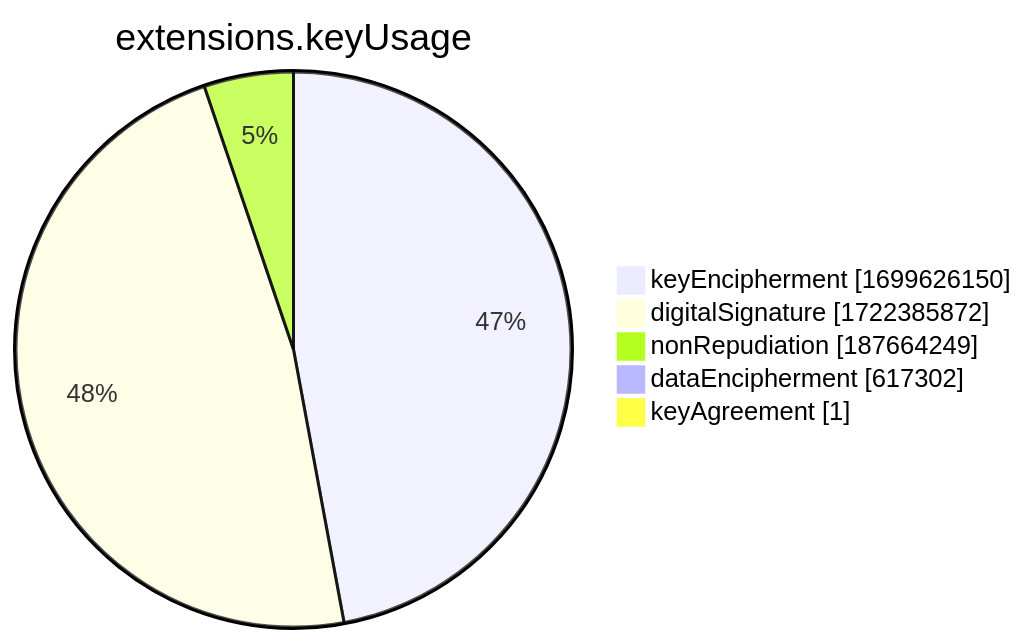
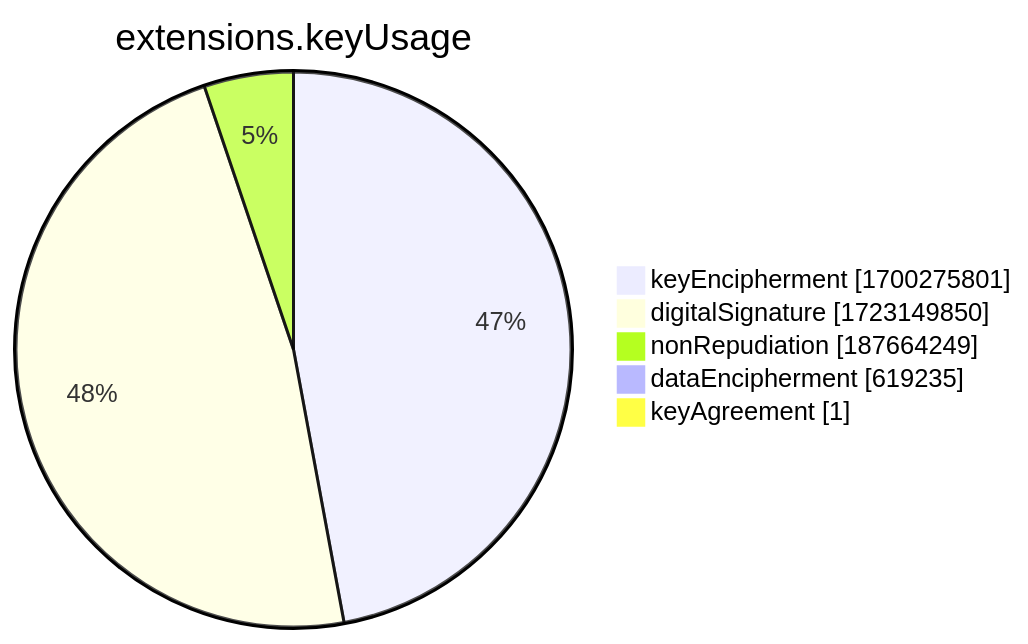
One commit to christiankrug/ctmonitor_visualization changed the seventh of 15 diagrams in xenon2022/README.md. Above: the diagram before and after it, drawn with Mermaid. The commit also changed other lines of this file, not shown here.

````diff
--- a/xenon2022/README.md
+++ b/xenon2022/README.md
@@ -2858,9 +2858,9 @@
 ```mermaid
 pie showData
 title extensions.keyUsage
-"keyEncipherment" :1699626150
-"digitalSignature" :1722385872
+"keyEncipherment" :1700275801
+"digitalSignature" :1723149850
 "nonRepudiation" :187664249
-"dataEncipherment" :617302
+"dataEncipherment" :619235
 "keyAgreement" :1
 ```
````
